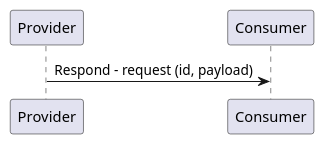
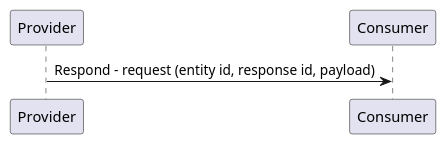
One commit to eclipse-ibeji/ibeji changed the diagram in docs/design/diagrams/respond_sequence.puml. Above: the diagram before and after it, drawn with PlantUML. The commit also changed 71 other files, not shown here.

```diff
--- a/docs/design/diagrams/respond_sequence.puml
+++ b/docs/design/diagrams/respond_sequence.puml
@@ -1,8 +1,8 @@
 @startuml
 
 participant "Provider"
 participant "Consumer"
 
-"Provider" -> "Consumer" : Respond - request (id, payload)
+"Provider" -> "Consumer" : Respond - request (entity id, response id, payload)
 
 @enduml
```
